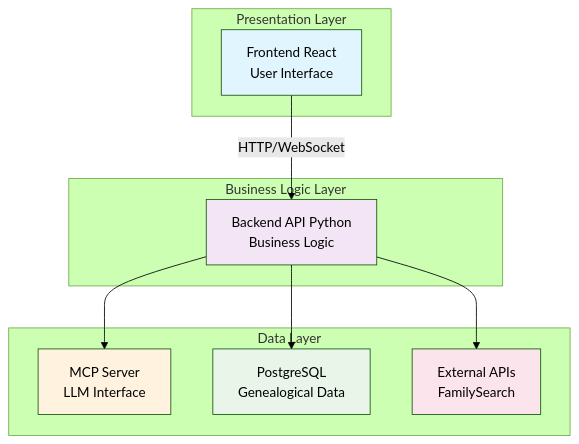
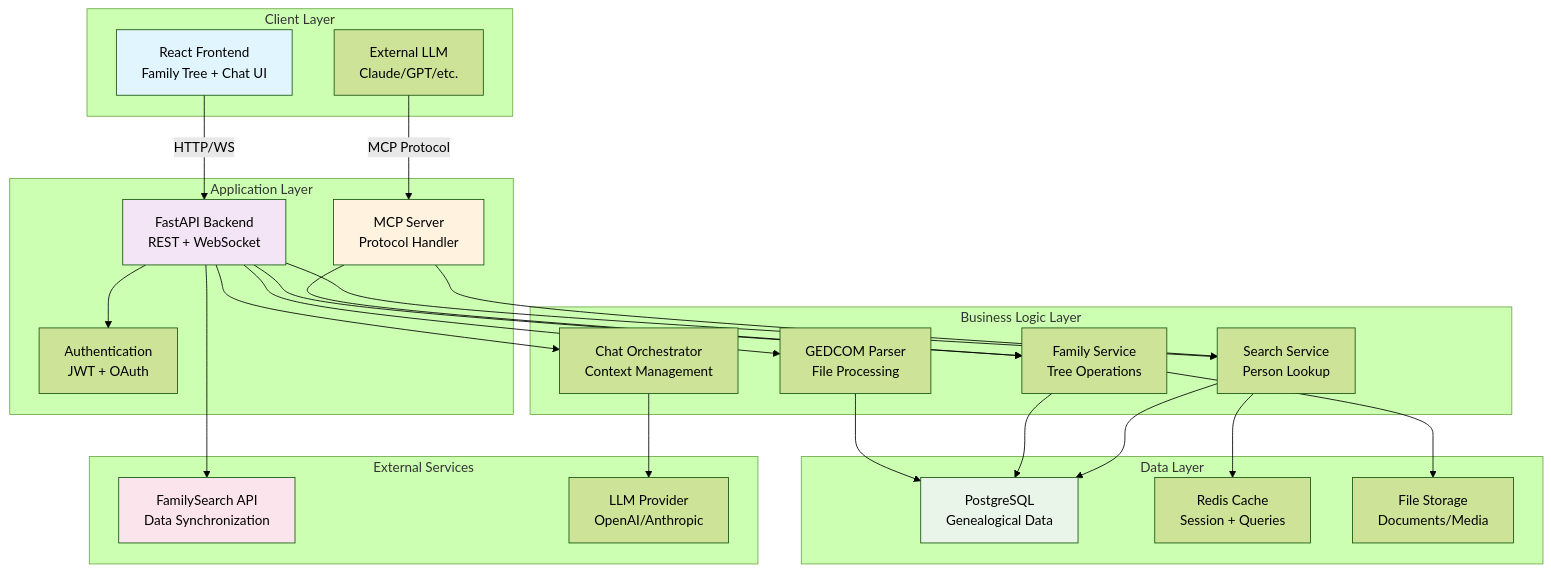
Before and after one commit to nlejeune/TreeTalk: the first of 2 diagrams in 2-high_level_architecture.md, drawn with Mermaid (forest theme). The commit also changed other lines of this file and 16 other files, not shown here.

Commit message:
Instruction adjustment + New architecture schema generated

````diff
--- a/2-high_level_architecture.md
+++ b/2-high_level_architecture.md
@@ -9,27 +17,54 @@
 ```mermaid
 graph TB
-    subgraph "Presentation Layer"
-        FE[Frontend React<br/>User Interface]
+    subgraph "Client Layer"
+        WEB[React Frontend<br/>Family Tree + Chat UI]
+        EXT_LLM[External LLM<br/>Claude/GPT/etc.]
+    end
+    
+    subgraph "Application Layer"
+        API[FastAPI Backend<br/>REST + WebSocket]
+        MCP[MCP Server<br/>Protocol Handler]
+        AUTH[Authentication<br/>JWT + OAuth]
     end
     
     subgraph "Business Logic Layer"
-        API[Backend API Python<br/>Business Logic]
+        GEDCOM[GEDCOM Parser<br/>File Processing]
+        FAMILY[Family Service<br/>Tree Operations]
+        SEARCH[Search Service<br/>Person Lookup]
+        CHAT[Chat Orchestrator<br/>Context Management]
     end
     
     subgraph "Data Layer"
-        MCP[MCP Server<br/>LLM Interface]
         DB[PostgreSQL<br/>Genealogical Data]
-        EXT[External APIs<br/>FamilySearch]
+        CACHE[Redis Cache<br/>Session + Queries]
+        FILES[File Storage<br/>Documents/Media]
     end
     
-    FE -->|HTTP/WebSocket| API
-    API --> MCP
-    API --> DB
-    API --> EXT
+    subgraph "External Services"
+        FS[FamilySearch API<br/>Data Synchronization]
+        LLM_API[LLM Provider<br/>OpenAI/Anthropic]
+    end
     
-    style FE fill:#e1f5fe
+    WEB -->|HTTP/WS| API
+    EXT_LLM -->|MCP Protocol| MCP
+    API --> AUTH
+    API --> GEDCOM
+    API --> FAMILY
+    API --> SEARCH
+    API --> CHAT
+    MCP --> FAMILY
+    MCP --> SEARCH
+    CHAT --> LLM_API
+    GEDCOM --> DB
+    FAMILY --> DB
+    SEARCH --> DB
+    SEARCH --> CACHE
+    API --> FS
+    FAMILY --> FILES
+    
+    style WEB fill:#e1f5fe
     style API fill:#f3e5f5
     style MCP fill:#fff3e0
     style DB fill:#e8f5e8
-    style EXT fill:#fce4ec
+    style FS fill:#fce4ec
 ```
````
